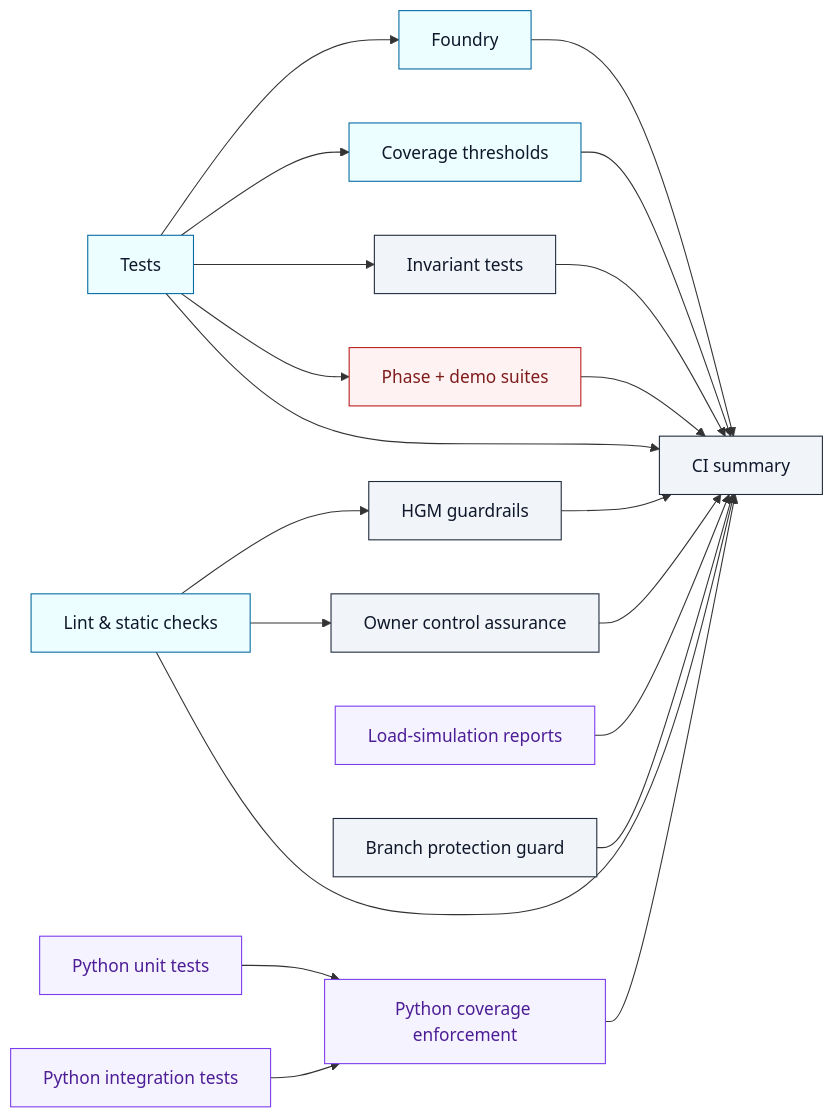
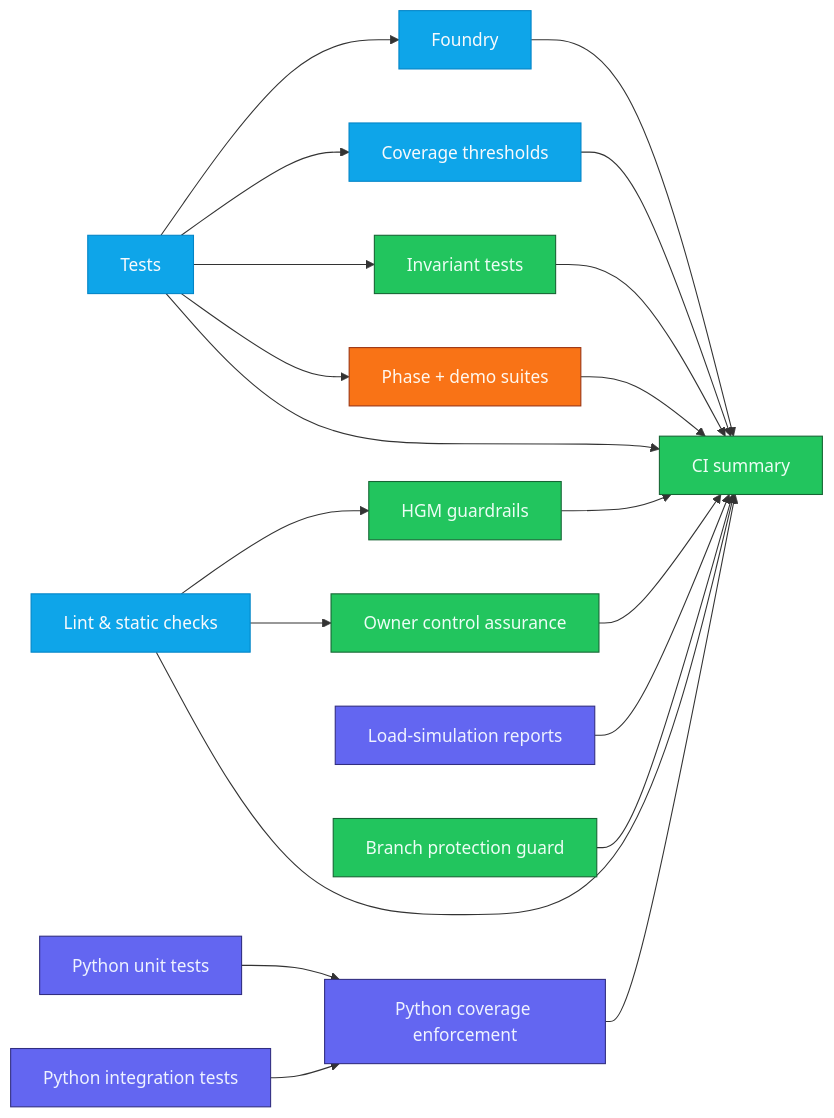
One commit to MontrealAI/AGIJobsv0 changed the first of 4 diagrams in ci/README.md. Above: the diagram before and after it, drawn with Mermaid. The commit also changed other lines of this file and 2 other files, not shown here.

````diff
--- a/ci/README.md
+++ b/ci/README.md
@@ -45,27 +45,27 @@
 ```mermaid
 flowchart LR
-    classDef base fill:#ecfeff,stroke:#0369a1,color:#0f172a,stroke-width:1px;
-    classDef analytics fill:#f5f3ff,stroke:#7c3aed,color:#4c1d95,stroke-width:1px;
-    classDef demo fill:#fef2f2,stroke:#b91c1c,color:#7f1d1d,stroke-width:1px;
-    classDef guard fill:#f1f5f9,stroke:#1e293b,color:#0f172a,stroke-width:1px;
+    classDef base fill:#0ea5e9,stroke:#0284c7,color:#f8fafc,stroke-width:1px;
+    classDef analytics fill:#6366f1,stroke:#312e81,color:#eef2ff,stroke-width:1px;
+    classDef demo fill:#f97316,stroke:#9a3412,color:#fff7ed,stroke-width:1px;
+    classDef guard fill:#22c55e,stroke:#166534,color:#ecfdf5,stroke-width:1px;
 
     lint[Lint & static checks]:::base --> hgm[HGM guardrails]:::guard
     lint --> ownerCtl[Owner control assurance]:::guard
     tests[Tests]:::base --> foundry[Foundry]:::base
     tests --> coverage[Coverage thresholds]:::base
     tests --> invariants[Invariant tests]:::guard
     tests --> demos[Phase + demo suites]:::demo
     pyUnit[Python unit tests]:::analytics --> pyCov[Python coverage enforcement]:::analytics
     pyInt[Python integration tests]:::analytics --> pyCov
     pyLoad[Load-simulation reports]:::analytics --> summary[CI summary]:::guard
     branchGuard[Branch protection guard]:::guard --> summary
     foundry --> summary
     coverage --> summary
     invariants --> summary
     hgm --> summary
     ownerCtl --> summary
     demos --> summary
     pyCov --> summary
     lint --> summary
     tests --> summary
 ```
````
